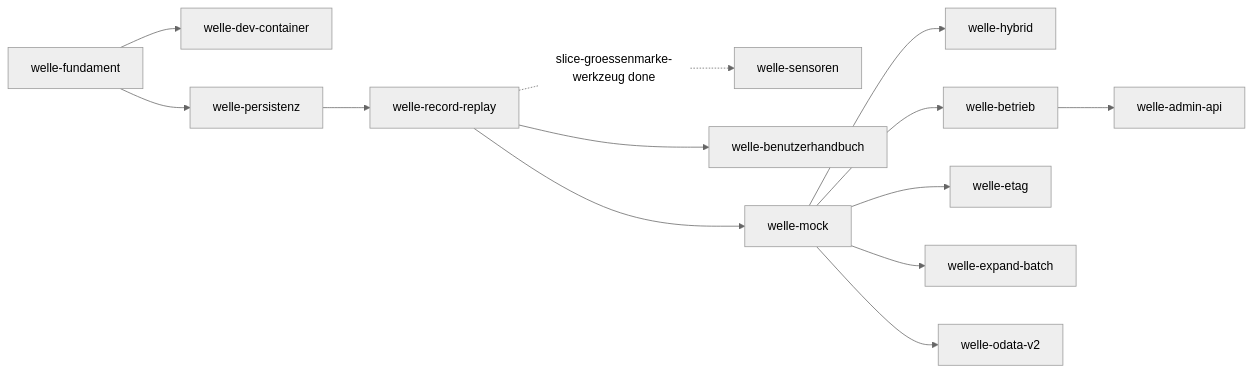
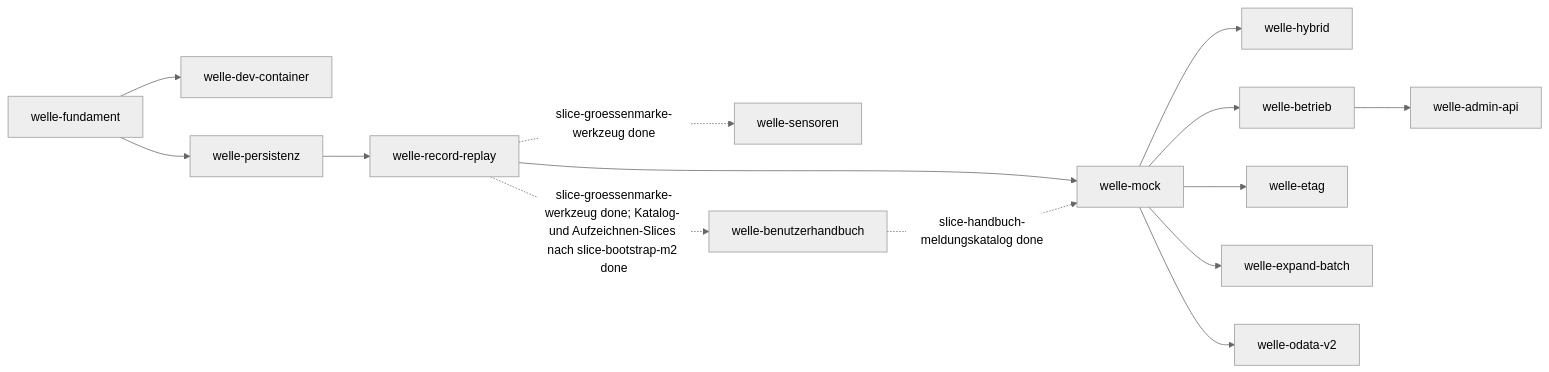
One commit to pt9912/odata-recorder changed the diagram in docs/plan/planning/in-progress/roadmap.md. Above: the diagram before and after it, drawn with Mermaid (neutral theme).

Commit message:
Planner: Abhaengigkeitsgraph der Roadmap, Kante welle-benutzerhandbuch und Kante zu welle-mock aus dem Trigger von welle-mock (ADR-0004, LH-QA-05)

````diff
--- a/docs/plan/planning/in-progress/roadmap.md
+++ b/docs/plan/planning/in-progress/roadmap.md
@@ -72,29 +72,30 @@
 ```mermaid
 flowchart LR
     F[welle-fundament]
     D[welle-dev-container]
     P[welle-persistenz]
     R[welle-record-replay]
     S[welle-sensoren]
     HB[welle-benutzerhandbuch]
     M[welle-mock]
     H[welle-hybrid]
     B[welle-betrieb]
     A[welle-admin-api]
     E[welle-etag]
     X[welle-expand-batch]
     V[welle-odata-v2]
 
     F --> D
     F --> P
     P --> R
     R -. "slice-groessenmarke-werkzeug done" .-> S
-    R --> HB
+    R -. "slice-groessenmarke-werkzeug done; Katalog- und Aufzeichnen-Slices nach slice-bootstrap-m2 done" .-> HB
     R --> M
+    HB -. "slice-handbuch-meldungskatalog done" .-> M
     M --> H
     M --> B
     B --> A
     M --> E
     M --> X
     M --> V
 ```
````
